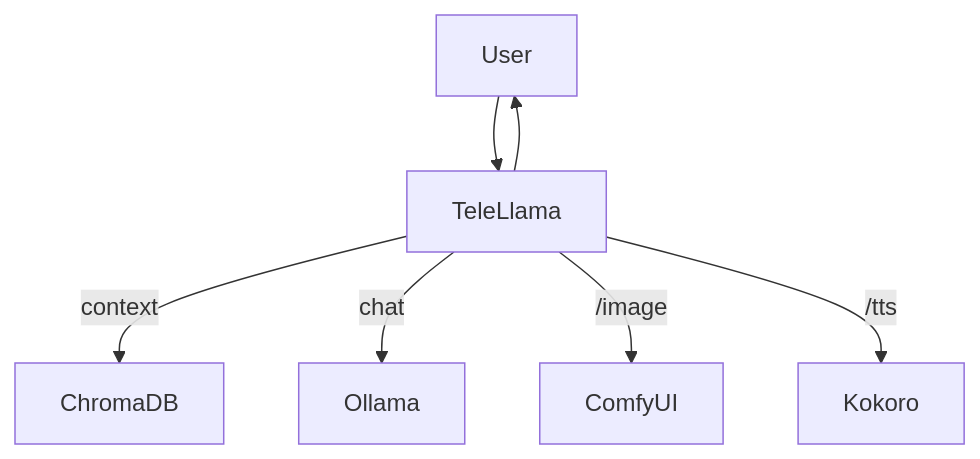
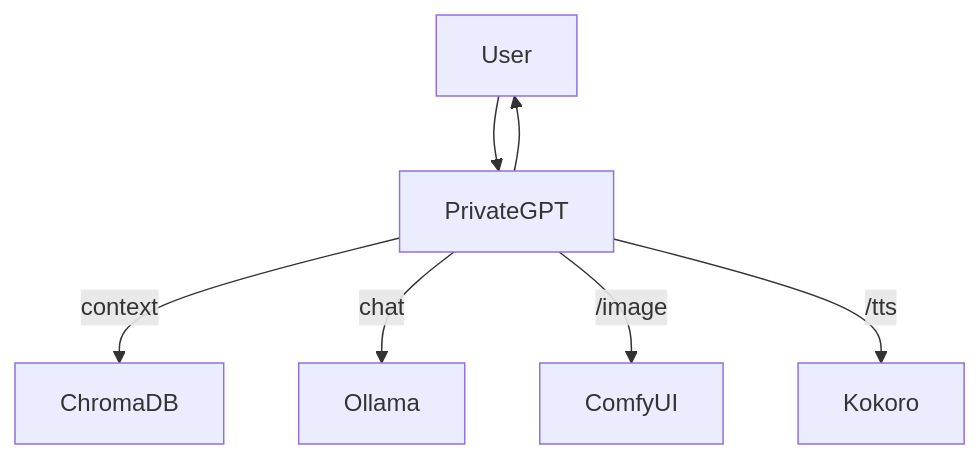
Before and after one commit to adnjoo/PrivateGPT: the diagram in README.md, drawn with Mermaid. The commit also changed other lines of this file and 1 other file, not shown here.

````diff
--- a/README.md
+++ b/README.md
@@ -56,9 +56,9 @@
 ```mermaid
 flowchart TD
-    User["User"] --> Bot["TeleLlama"]
+    User["User"] --> Bot["PrivateGPT"]
     Bot -- "context" --> ChromaDB
     Bot -- "chat" --> Ollama
     Bot -- "/image" --> ComfyUI
     Bot -- "/tts" --> Kokoro
     Bot --> User
 ```
````
